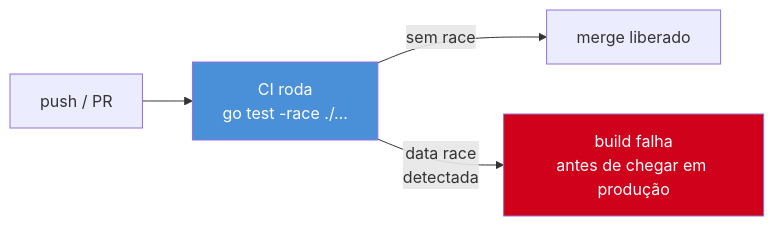
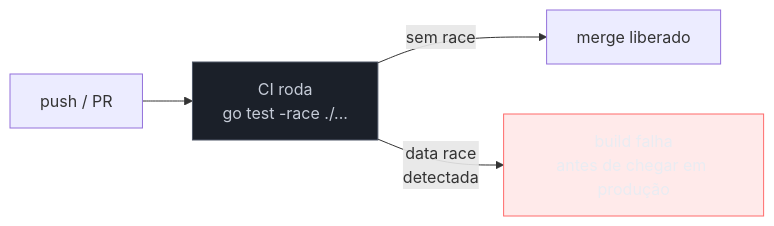
One commit to josenaldo/codex-technomanticus changed the second of 2 diagrams in 03-Dominios/Tecnologia/Go/09 - Sincronização e context/05 - O race detector.md. Above: the diagram before and after it, drawn with Mermaid. The commit also changed 1181 other files, not shown here.

First line of the commit message:
fix(diagramas): paleta do sistema no lugar de cor cravada no markdown

````diff
--- a/03-Dominios/Tecnologia/Go/09 - Sincronização e context/05 - O race detector.md
+++ b/03-Dominios/Tecnologia/Go/09 - Sincronização e context/05 - O race detector.md
@@ -212,9 +212,11 @@
 ```mermaid
 flowchart LR
+    classDef neutro fill:#1B2029,stroke:#4E5666,color:#C6CCD8
+    classDef falha fill:#FF6B6B24,stroke:#FF6B6B,color:#E9ECF2
     A["push / PR"] --> B["CI roda\ngo test -race ./..."]
     B -->|"sem race"| C["merge liberado"]
     B -->|"data race\ndetectada"| D["build falha\nantes de chegar em produção"]
 
-    style B fill:#4A90D9,color:#fff
-    style D fill:#D0021B,color:#fff
+    class B neutro
+    class D falha
 ```
````
